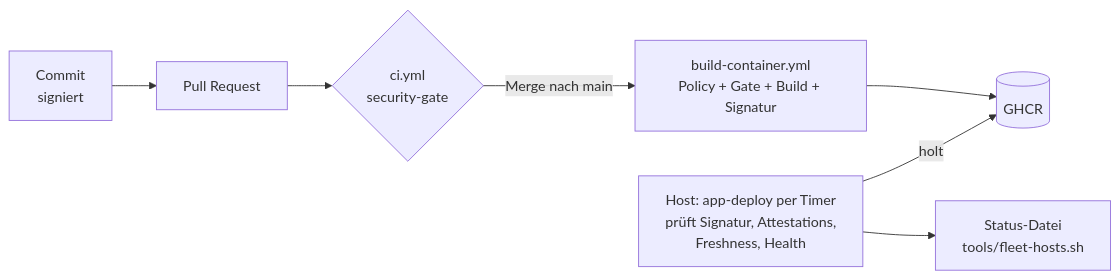
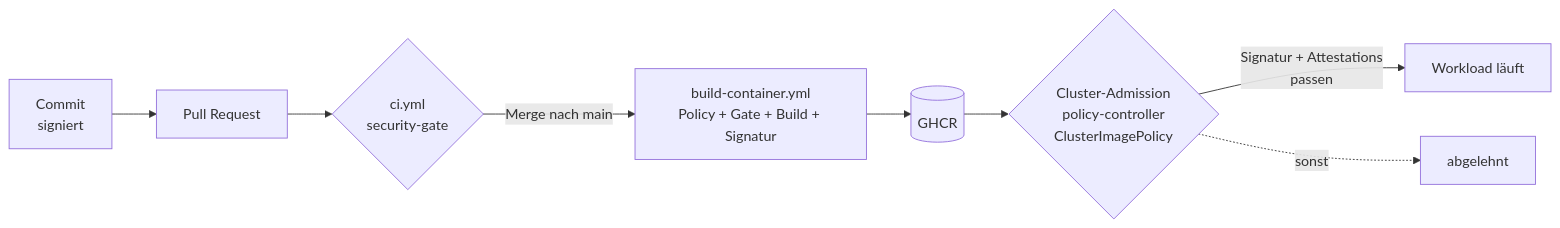
The diagram in README.md (Pascal-Organisation/security-pipeline), drawn with Mermaid before and after one commit. The commit also changed other lines of this file and 2 other files, not shown here.

Commit message:
docs: v3 (no Docker daemon, ci-toolbox, rootless BuildKit, deploy by cluster admission)

````diff
--- a/README.md
+++ b/README.md
@@ -17,9 +20,10 @@
 ```mermaid
 flowchart LR
   dev[Commit<br/>signiert] --> pr[Pull Request]
   pr --> ci{ci.yml<br/>security-gate}
   ci -->|Merge nach main| rel[build-container.yml<br/>Policy + Gate + Build + Signatur]
   rel --> reg[(GHCR)]
-  host[Host: app-deploy per Timer<br/>prüft Signatur, Attestations,<br/>Freshness, Health] -->|holt| reg
-  host --> status[Status-Datei<br/>tools/fleet-hosts.sh]
+  reg --> adm{Cluster-Admission<br/>policy-controller<br/>ClusterImagePolicy}
+  adm -->|Signatur + Attestations<br/>passen| k8s[Workload läuft]
+  adm -.->|sonst| deny[abgelehnt]
 ```
````
